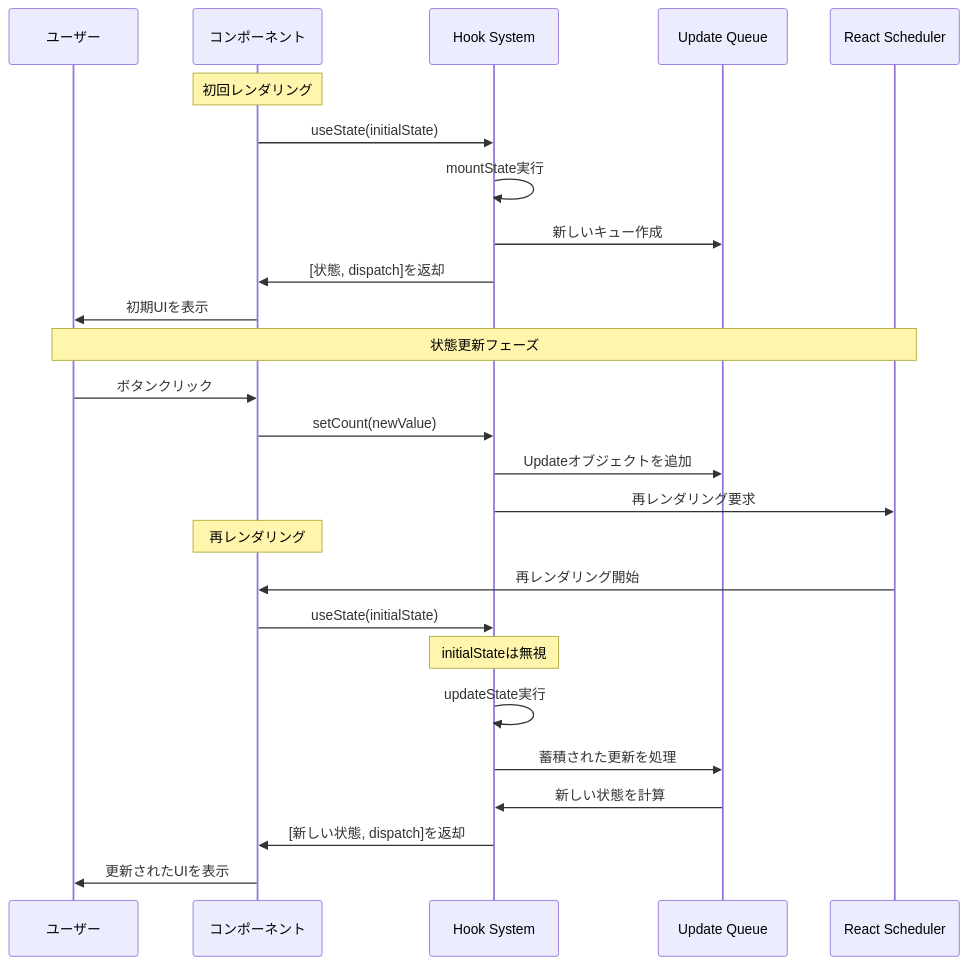
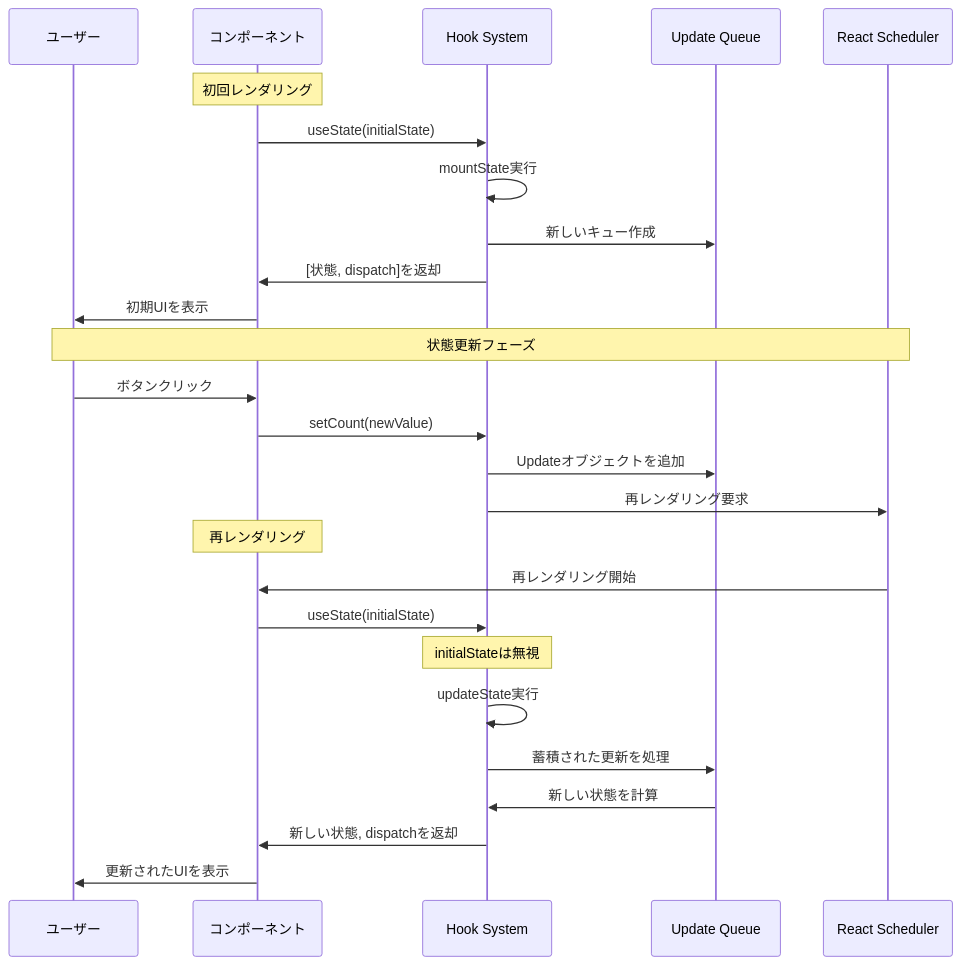
The first of 2 diagrams in articles/3744881e4cbe07.md (okaponta/okaponta-zenn), drawn with Mermaid before and after one commit. The commit also changed other lines of this file, not shown here.

````diff
--- a/articles/3744881e4cbe07.md
+++ b/articles/3744881e4cbe07.md
@@ -397,31 +405,31 @@
 ```mermaid
 sequenceDiagram
     participant User as ユーザー
     participant Component as コンポーネント
     participant Hook as Hook System
     participant Queue as Update Queue
     participant Scheduler as React Scheduler
 
     Note over Component: 初回レンダリング
     Component->>Hook: useState(initialState)
     Hook->>Hook: mountState実行
     Hook->>Queue: 新しいキュー作成
     Hook->>Component: [状態, dispatch]を返却
     Component->>User: 初期UIを表示
 
     Note over User,Scheduler: 状態更新フェーズ
     User->>Component: ボタンクリック
     Component->>Hook: setCount(newValue)
     Hook->>Queue: Updateオブジェクトを追加
     Hook->>Scheduler: 再レンダリング要求
     
     Note over Component: 再レンダリング
     Scheduler->>Component: 再レンダリング開始
     Component->>Hook: useState(initialState)
     Note over Hook: initialStateは無視
     Hook->>Hook: updateState実行
     Hook->>Queue: 蓄積された更新を処理
     Queue->>Hook: 新しい状態を計算
-    Hook->>Component: [新しい状態, dispatch]を返却
+    Hook->>Component: 新しい状態, dispatchを返却
     Component->>User: 更新されたUIを表示
 ```
````
